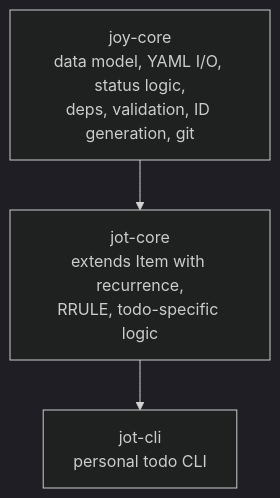
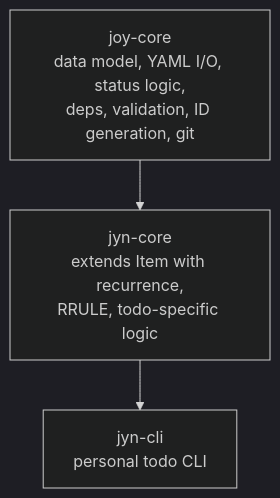
One commit to joyint/jyn changed the diagram in docs/dev/Architecture.md. Above: the diagram before and after it, drawn with Mermaid (dark theme). The commit also changed other lines of this file and 15 other files, not shown here.

First line of the commit message:
feat(crates): add jyn alias crate, restructure jyn-cli as lib+bin

````diff
--- a/docs/dev/Architecture.md
+++ b/docs/dev/Architecture.md
@@ -27,10 +27,10 @@
 ```mermaid
 graph TD
     JOYCORE[joy-core<br/>data model, YAML I/O, status logic,<br/>deps, validation, ID generation, git]
 
-    JOTCORE[jot-core<br/>extends Item with recurrence,<br/>RRULE, todo-specific logic]
-    JOTCLI[jot-cli<br/>personal todo CLI]
+    JOTCORE[jyn-core<br/>extends Item with recurrence,<br/>RRULE, todo-specific logic]
+    JOTCLI[jyn-cli<br/>personal todo CLI]
 
     JOYCORE --> JOTCORE
     JOTCORE --> JOTCLI
 ```
````
